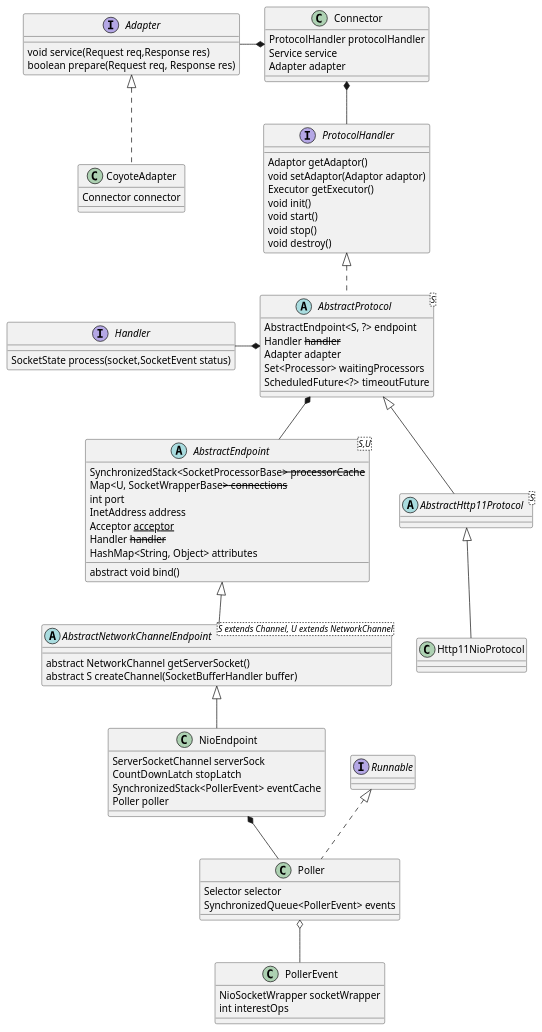
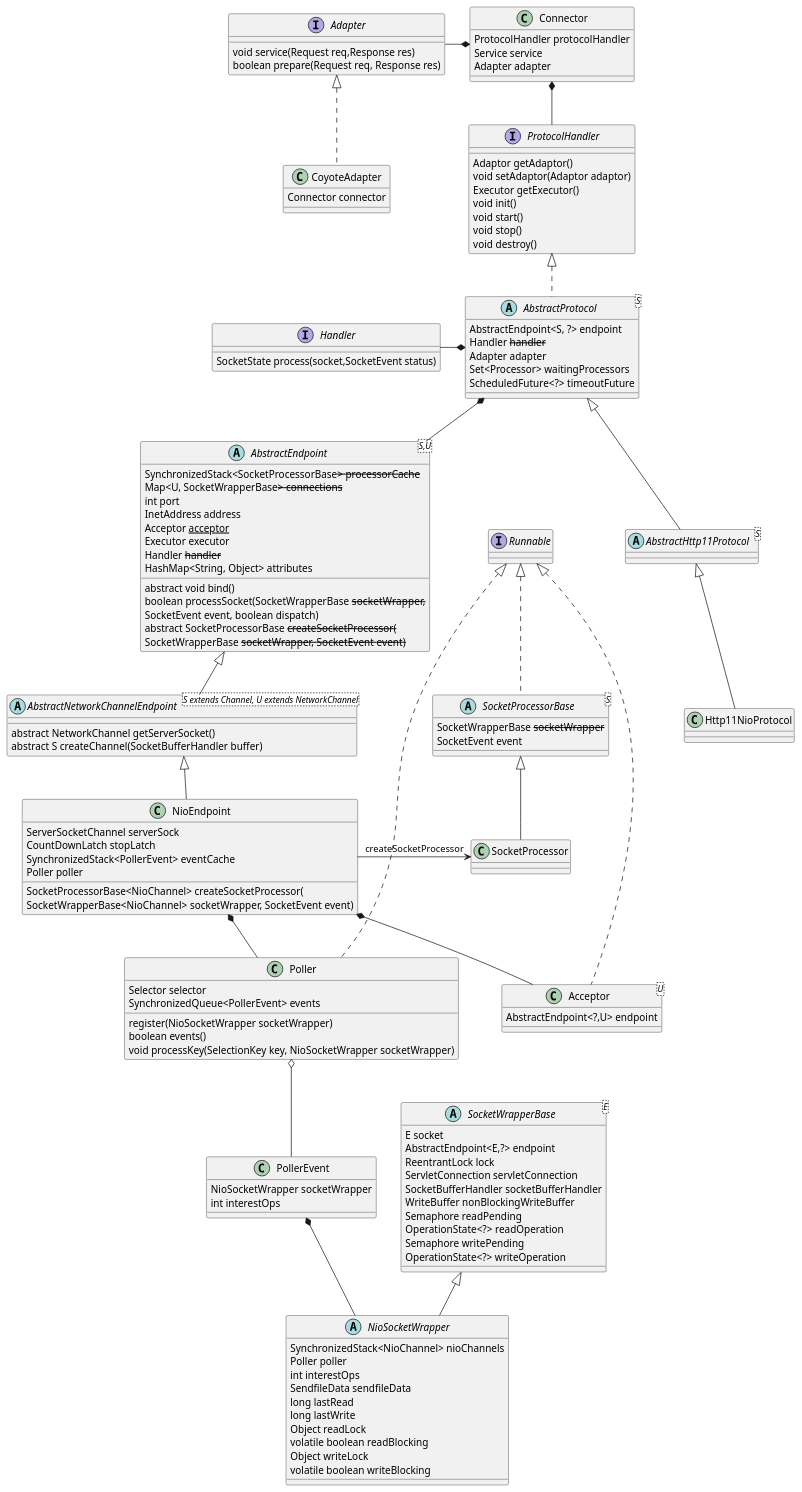
One commit to kevinwang930/kevinwang930.github.io changed the fifth of 8 diagrams in content/post/java/tomcat.md. Above: the diagram before and after it, drawn with PlantUML. The commit also changed 2 other files, not shown here.

````diff
--- a/content/post/java/tomcat.md
+++ b/content/post/java/tomcat.md
@@ -416,9 +416,20 @@
     int port
     InetAddress address
     Acceptor<U> acceptor
+    Executor executor
     Handler<S> handler
     HashMap<String, Object> attributes
     abstract void bind()
+    boolean processSocket(SocketWrapperBase<S> socketWrapper,
+            SocketEvent event, boolean dispatch)
+    abstract SocketProcessorBase<S> createSocketProcessor(
+            SocketWrapperBase<S> socketWrapper, SocketEvent event)
+}
+
+
+class Acceptor<U> implements Runnable{
+    AbstractEndpoint<?,U> endpoint
+
 }
 abstract class AbstractNetworkChannelEndpoint<S extends Channel, U extends NetworkChannel> extends AbstractEndpoint {
     abstract NetworkChannel getServerSocket()
@@ -429,6 +440,17 @@
     CountDownLatch stopLatch
     SynchronizedStack<PollerEvent> eventCache
     Poller poller
+    SocketProcessorBase<NioChannel> createSocketProcessor(
+            SocketWrapperBase<NioChannel> socketWrapper, SocketEvent event)
+}
+
+abstract class SocketProcessorBase<S> implements Runnable {
+    SocketWrapperBase<S> socketWrapper
+    SocketEvent event
+}
+
+class SocketProcessor extends SocketProcessorBase<NioChannel> {
+
 }
 
 interface Adapter {
@@ -472,6 +494,9 @@
 class Poller implements Runnable {
     Selector selector
     SynchronizedQueue<PollerEvent> events
+    register(NioSocketWrapper socketWrapper)
+    boolean events()
+    void processKey(SelectionKey key, NioSocketWrapper socketWrapper)
 }
 
 class PollerEvent {
@@ -479,6 +504,31 @@
     int interestOps
 }
 
+abstract class NioSocketWrapper extends SocketWrapperBase<NioChannel> {
+    SynchronizedStack<NioChannel> nioChannels
+    Poller poller
+    int interestOps
+    SendfileData sendfileData
+    long lastRead
+    long lastWrite
+    Object readLock
+    volatile boolean readBlocking
+    Object writeLock
+    volatile boolean writeBlocking
+}
+
+abstract class SocketWrapperBase<E> {
+    E socket
+    AbstractEndpoint<E,?> endpoint
+    ReentrantLock lock
+    ServletConnection servletConnection
+    SocketBufferHandler socketBufferHandler
+    WriteBuffer nonBlockingWriteBuffer
+    Semaphore readPending
+    OperationState<?> readOperation
+    Semaphore writePending
+    OperationState<?> writeOperation
+}
 
 
 
@@ -488,7 +538,9 @@
 
 Connector *-down- ProtocolHandler
 Connector *-left- Adapter
-
+NioEndpoint -left-> SocketProcessor: createSocketProcessor
 NioEndpoint *-- Poller
+NioEndpoint *-- Acceptor
 Poller o-- PollerEvent
+PollerEvent *-- NioSocketWrapper
 ```
````
